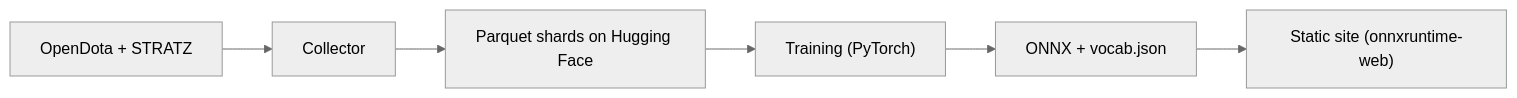
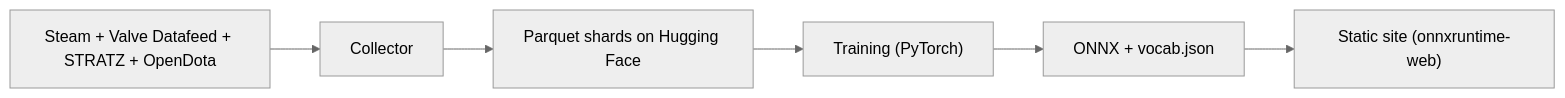
The diagram in README.md (ElRizeru/d2oracle), drawn with Mermaid (neutral theme) before and after one commit. The commit also changed other lines of this file and 24 other files, not shown here.

Commit message:
Integrate Steam Web API and Valve Datafeed for patch 7.42 collection

````diff
--- a/README.md
+++ b/README.md
@@ -50,8 +50,8 @@
 ```mermaid
 flowchart LR
-    A["OpenDota + STRATZ"] --> B["Collector"]
+    A["Steam + Valve Datafeed + STRATZ + OpenDota"] --> B["Collector"]
     B --> C["Parquet shards on Hugging Face"]
     C --> D["Training (PyTorch)"]
     D --> E["ONNX + vocab.json"]
     E --> F["Static site (onnxruntime-web)"]
 ```
````
